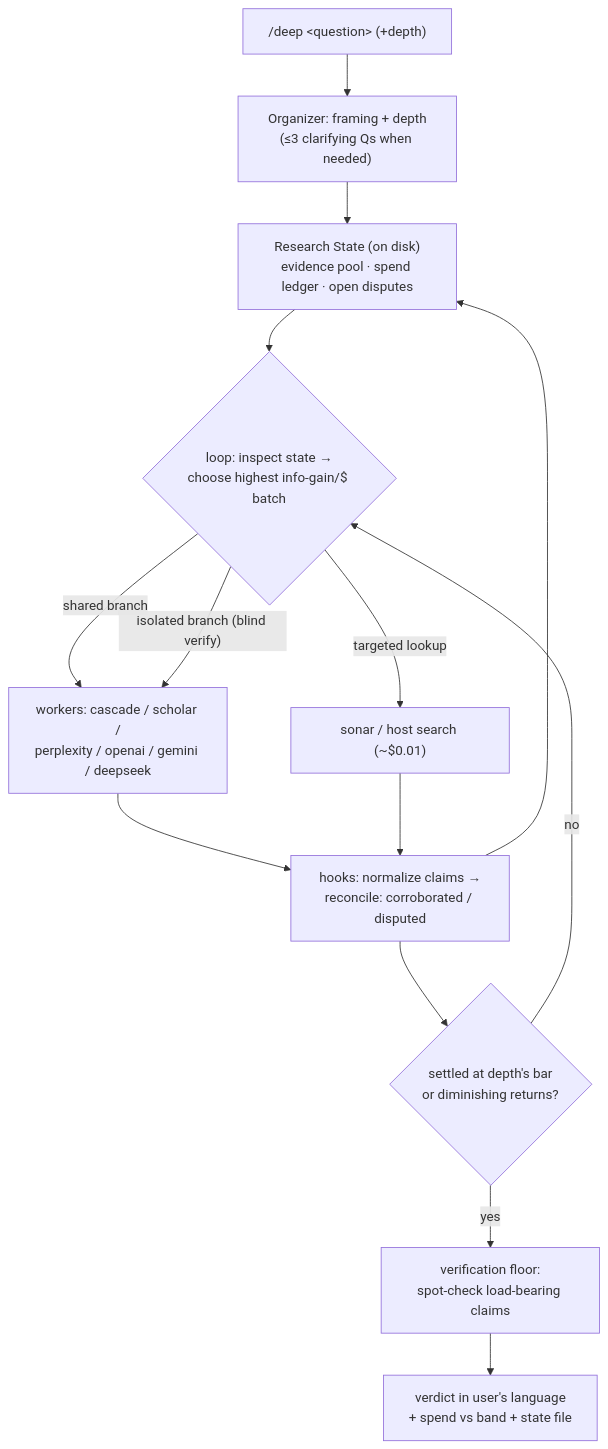
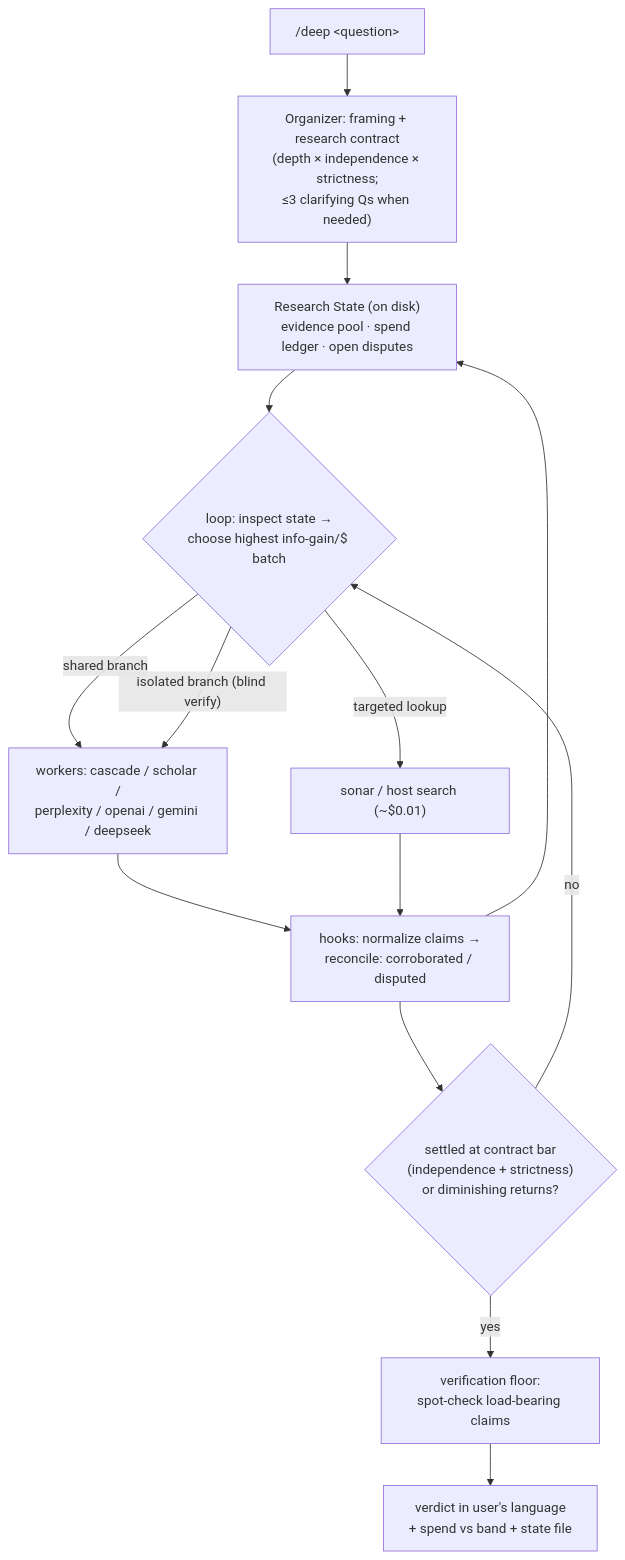
The diagram in README.md (jechiu16/agent-deep-research-trigger), drawn with Mermaid before and after one commit. The commit also changed other lines of this file and 4 other files, not shown here.

````diff
--- a/README.md
+++ b/README.md
@@ -16,16 +16,16 @@
 ```mermaid
 flowchart TD
-    A["/deep &lt;question&gt; (+depth)"] --> B["Organizer: framing + depth<br/>(≤3 clarifying Qs when needed)"]
+    A["/deep &lt;question&gt;"] --> B["Organizer: framing + research contract<br/>(depth × independence × strictness;<br/>≤3 clarifying Qs when needed)"]
     B --> S["Research State (on disk)<br/>evidence pool · spend ledger · open disputes"]
     S --> L{"loop: inspect state →<br/>choose highest info-gain/$ batch"}
     L -- "shared branch" --> W["workers: cascade / scholar /<br/>perplexity / openai / gemini / deepseek"]
     L -- "isolated branch (blind verify)" --> W
     L -- "targeted lookup" --> P["sonar / host search (~$0.01)"]
     W --> N["hooks: normalize claims →<br/>reconcile: corroborated / disputed"]
     P --> N
     N --> S
-    N --> T{"settled at depth's bar<br/>or diminishing returns?"}
+    N --> T{"settled at contract bar<br/>(independence + strictness)<br/>or diminishing returns?"}
     T -- no --> L
     T -- yes --> V["verification floor:<br/>spot-check load-bearing claims"]
     V --> D["verdict in user's language<br/>+ spend vs band + state file"]
 ```
````
